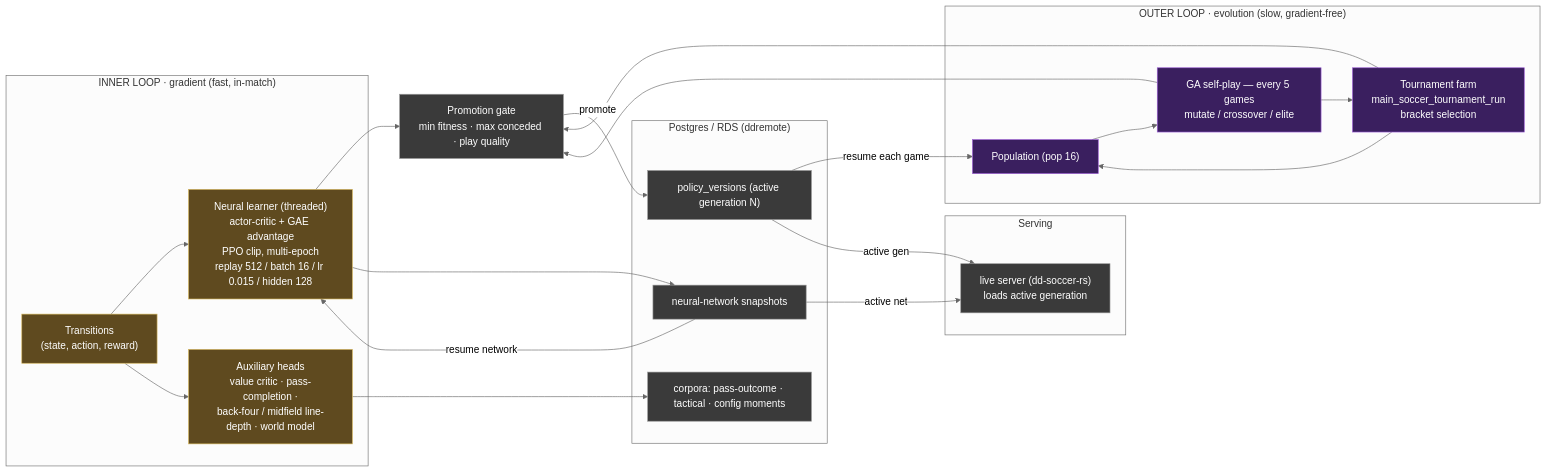
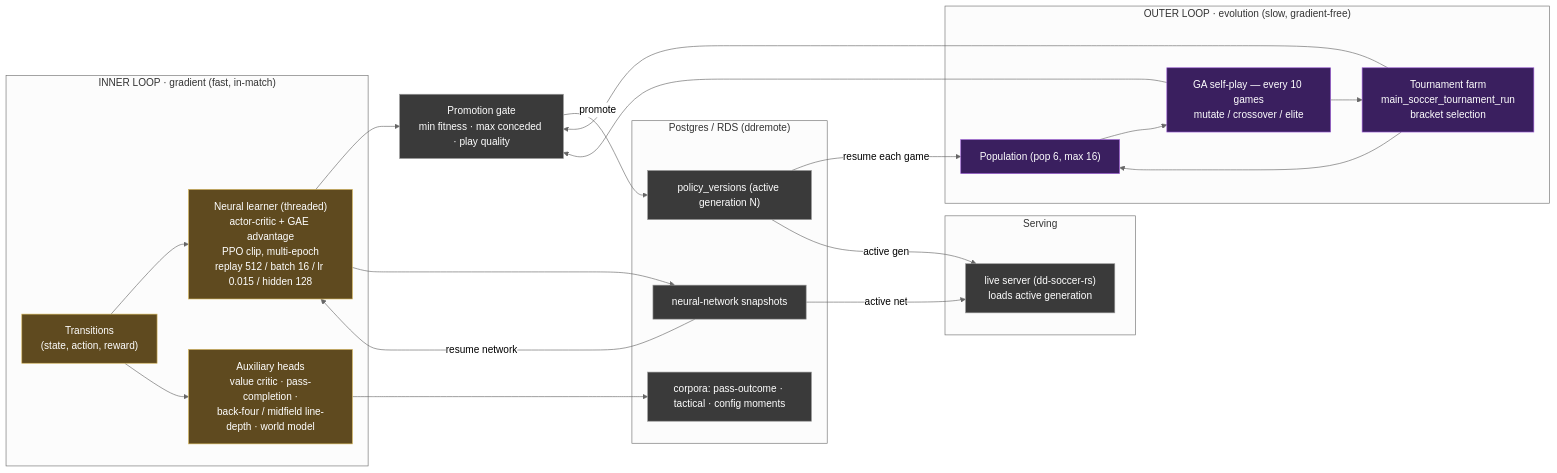
The second of 2 diagrams in docs/flowchart.md (akrion-sim/akrion-soccer-engine-rs), drawn with Mermaid (neutral theme) before and after one commit.

Commit message:
claude autosave 2026-07-09T05:01:59Z

````diff
--- a/docs/flowchart.md
+++ b/docs/flowchart.md
@@ -83,48 +83,48 @@
 ```mermaid
 flowchart LR
     subgraph INNER["INNER LOOP · gradient (fast, in-match)"]
         TRANS["Transitions<br/>(state, action, reward)"]
         NEU["Neural learner (threaded)<br/>actor-critic + GAE advantage<br/>PPO clip, multi-epoch<br/>replay 512 / batch 16 / lr 0.015 / hidden 128"]
         AUX["Auxiliary heads<br/>value critic · pass-completion ·<br/>back-four / midfield line-depth · world model"]
         TRANS --> NEU
         TRANS --> AUX
     end
 
     subgraph OUTER["OUTER LOOP · evolution (slow, gradient-free)"]
-        POP["Population (pop 16)"]
-        GA["GA self-play — every 5 games<br/>mutate / crossover / elite"]
+        POP["Population (pop 6, max 16)"]
+        GA["GA self-play — every 10 games<br/>mutate / crossover / elite"]
         TOUR["Tournament farm<br/>main_soccer_tournament_run<br/>bracket selection"]
         POP --> GA --> TOUR --> POP
     end
 
     GATE["Promotion gate<br/>min fitness · max conceded · play quality"]
     NEU --> GATE
     GA --> GATE
     TOUR --> GATE
 
     subgraph PG["Postgres / RDS (ddremote)"]
         PV["policy_versions (active generation N)"]
         NN["neural-network snapshots"]
         CORP["corpora: pass-outcome · tactical · config moments"]
     end
 
     GATE -->|promote| PV
     NEU --> NN
     AUX --> CORP
 
     subgraph SERVE["Serving"]
         LIVE["live server (dd-soccer-rs)<br/>loads active generation"]
     end
 
     PV -->|resume each game| POP
     NN -->|resume network| NEU
     PV -->|active gen| LIVE
     NN -->|active net| LIVE
 
     classDef nn fill:#5f4a1f,stroke:#d5b55b,color:#fff;
     classDef ga fill:#3a1f5f,stroke:#9b5bd5,color:#fff;
     classDef store fill:#3a3a3a,stroke:#999,color:#fff;
     class TRANS,NEU,AUX nn;
     class POP,GA,TOUR ga;
     class GATE,PV,NN,CORP,LIVE store;
 ```
````
